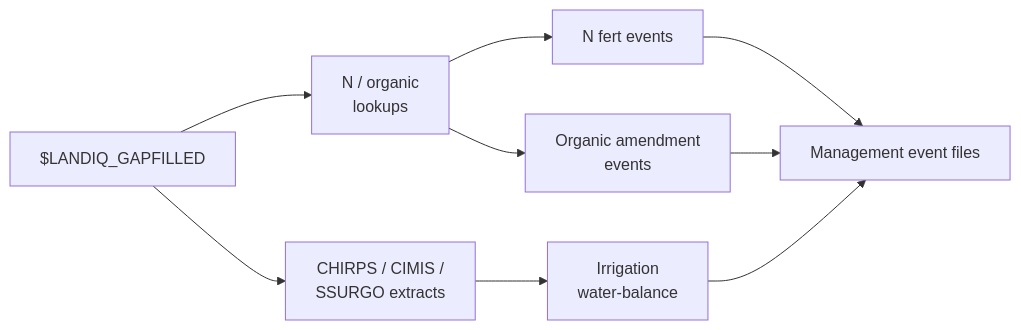
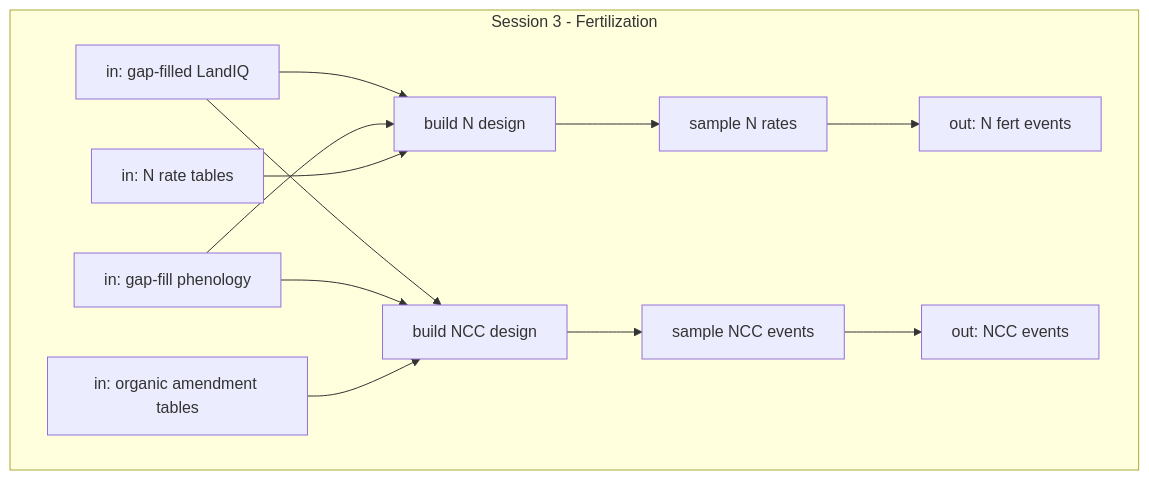
The second of 4 diagrams in modules/data.remote/inst/ccmmf/documentation/sessions/03-fertilizer-irrigation.md (PecanProject/pecan), drawn with Mermaid before and after one commit. The commit also changed other lines of this file and 5 other files, not shown here.

First line of the commit message:
Rewrite the Session 3 fert and irrigation walk.

````diff
--- a/modules/data.remote/inst/ccmmf/documentation/sessions/03-fertilizer-irrigation.md
+++ b/modules/data.remote/inst/ccmmf/documentation/sessions/03-fertilizer-irrigation.md
@@ -21,11 +23,16 @@
 ```mermaid
 flowchart LR
-  LANDIQ["$LANDIQ_GAPFILLED"] --> LOOK["N / organic\nlookups"]
-  LOOK --> FERT["N fert events"]
-  LOOK --> NCC["Organic amendment\nevents"]
-  LANDIQ --> PRE["CHIRPS / CIMIS /\nSSURGO extracts"]
-  PRE --> IRR["Irrigation\nwater-balance"]
-  FERT --> OUT["Management event files"]
-  NCC --> OUT
-  IRR --> OUT
+  subgraph S3F["Session 3 - Fertilization"]
+    direction LR
+    LIQ["in: gap-filled LandIQ"] --> DESF["build N design"]
+    PHEN["in: gap-fill phenology"] --> DESF
+    RATE["in: N rate tables"] --> DESF
+    DESF --> SAMPF["sample N rates"]
+    SAMPF --> OUTN["out: N fert events"]
+    LIQ --> DESN["build NCC design"]
+    PHEN --> DESN
+    ORG["in: organic amendment tables"] --> DESN
+    DESN --> SAMPN["sample NCC events"]
+    SAMPN --> OUTC["out: NCC events"]
+  end
 ```
````
